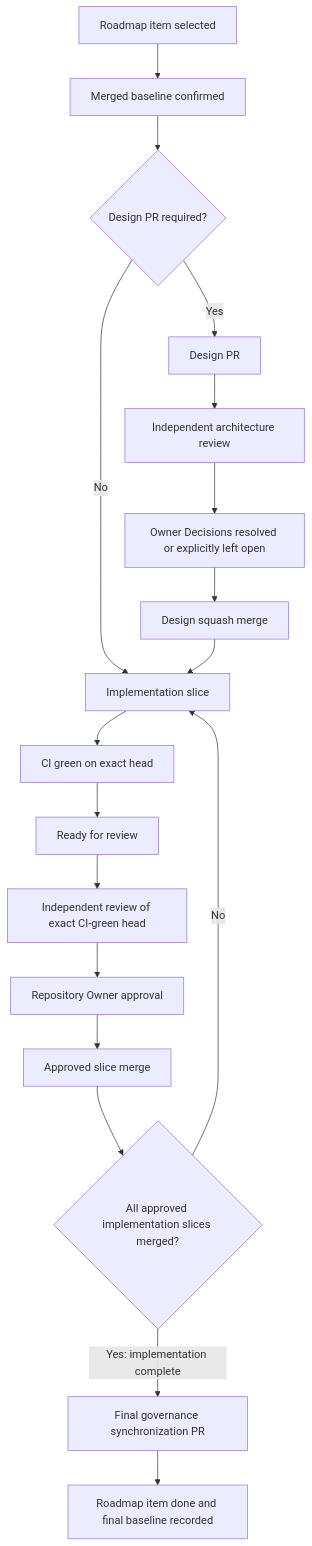
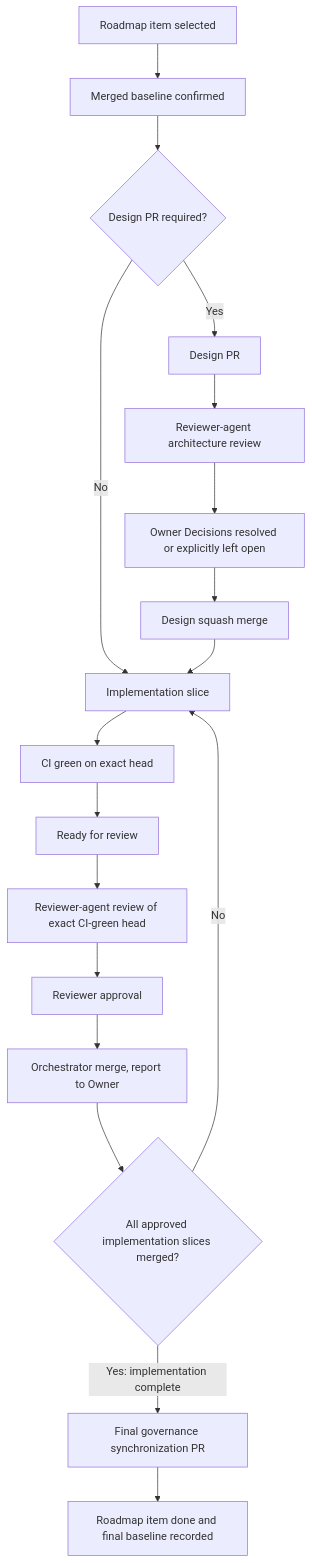
Before and after one commit to manmenex/medical-equipment-pool: the diagram in docs/ENGINEERING_WORKFLOW.md, drawn with Mermaid. The commit also changed other lines of this file and 13 other files, not shown here.

First line of the commit message:
docs: align workflow and runbooks with reviewer-agent pipeline and department-host Production

````diff
--- a/docs/ENGINEERING_WORKFLOW.md
+++ b/docs/ENGINEERING_WORKFLOW.md
@@ -147,20 +141,20 @@
 ```mermaid
 flowchart TD
     A["Roadmap item selected"] --> B["Merged baseline confirmed"]
     B --> C{"Design PR required?"}
     C -- "Yes" --> D["Design PR"]
-    D --> E["Independent architecture review"]
+    D --> E["Reviewer-agent architecture review"]
     E --> F["Owner Decisions resolved or explicitly left open"]
     F --> G["Design squash merge"]
     C -- "No" --> H["Implementation slice"]
     G --> H
     H --> I["CI green on exact head"]
     I --> J["Ready for review"]
-    J --> K["Independent review of exact CI-green head"]
-    K --> L["Repository Owner approval"]
-    L --> M["Approved slice merge"]
+    J --> K["Reviewer-agent review of exact CI-green head"]
+    K --> L["Reviewer approval"]
+    L --> M["Orchestrator merge, report to Owner"]
     M --> N{"All approved implementation slices merged?"}
     N -- "No" --> H
     N -- "Yes: implementation complete" --> O["Final governance synchronization PR"]
     O --> P["Roadmap item done and final baseline recorded"]
 ```
````
